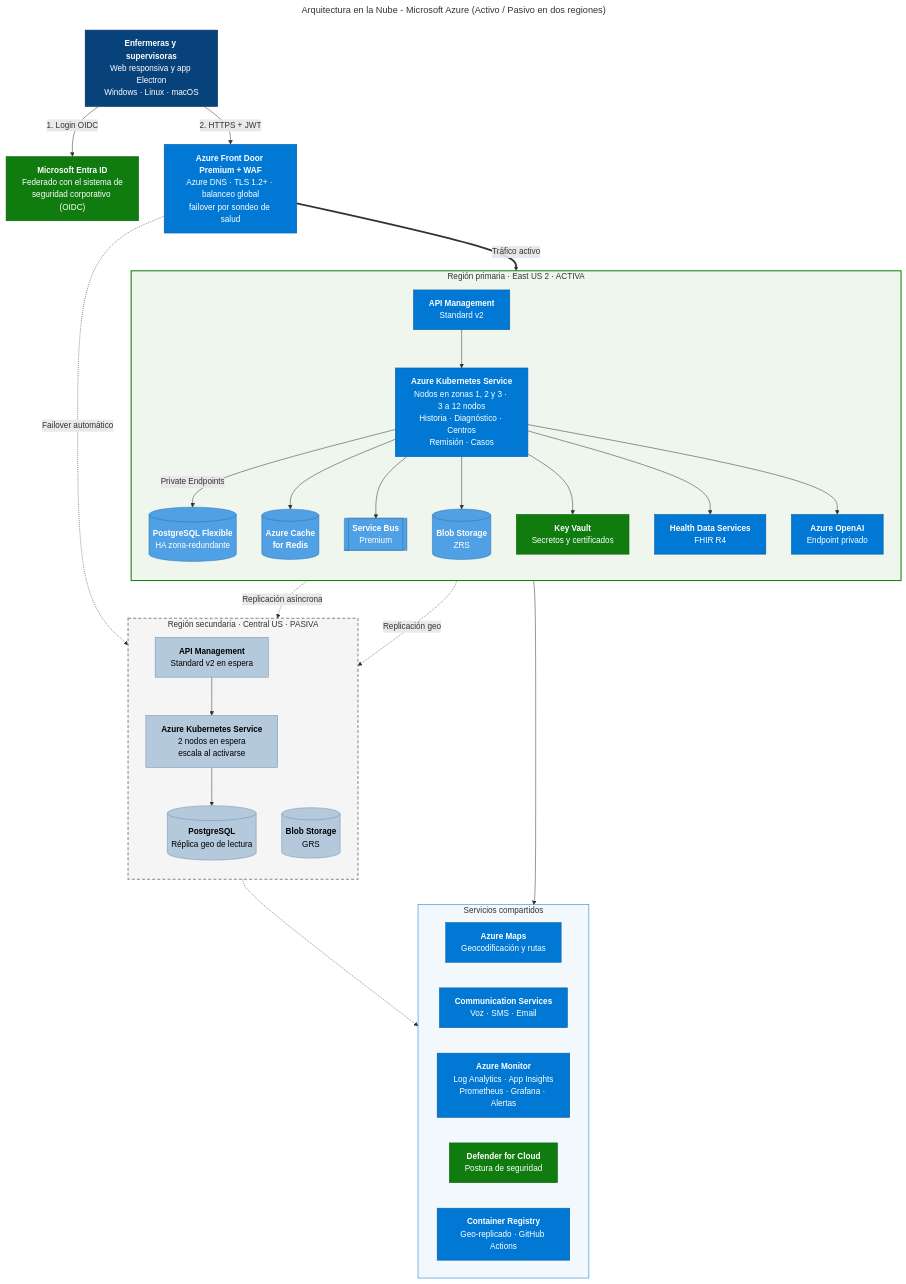
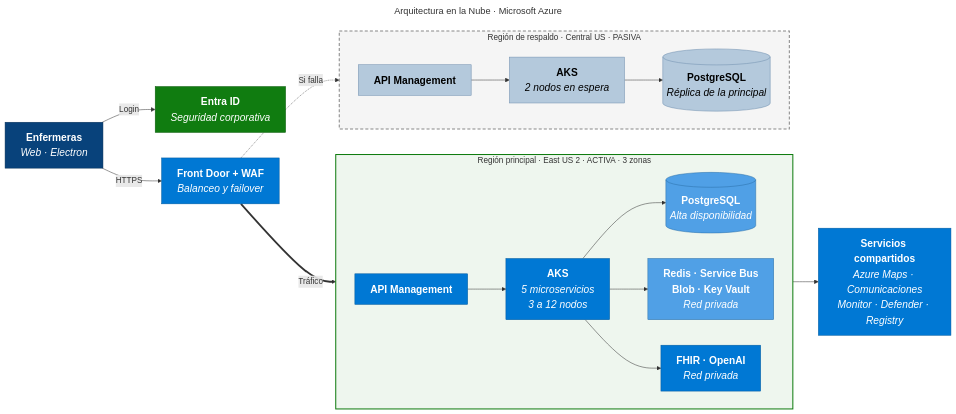
One commit to Jordy-Lv/medical-health-cloud-architecture changed the diagram in diagramas/05-nube-azure.mmd. Above: the diagram before and after it, drawn with Mermaid. The commit also changed 19 other files, not shown here.

Commit message:
Simplifica los diagramas para que se lean mejor en pantalla

```diff
--- a/diagramas/05-nube-azure.mmd
+++ b/diagramas/05-nube-azure.mmd
@@ -1,68 +1,49 @@
 ---
-title: Arquitectura en la Nube - Microsoft Azure (Activo / Pasivo en dos regiones)
+title: Arquitectura en la Nube · Microsoft Azure
 ---
-flowchart TB
-  usuarios["<b>Enfermeras y supervisoras</b><br/>Web responsiva y app Electron<br/>Windows · Linux · macOS"]
-  entra["<b>Microsoft Entra ID</b><br/>Federado con el sistema de<br/>seguridad corporativo (OIDC)"]
-  afd["<b>Azure Front Door Premium + WAF</b><br/>Azure DNS · TLS 1.2+ · balanceo global<br/>failover por sondeo de salud"]
+flowchart LR
+  usuarios["<b>Enfermeras</b><br/><i>Web · Electron</i>"]
+  entra["<b>Entra ID</b><br/><i>Seguridad corporativa</i>"]
+  afd["<b>Front Door + WAF</b><br/><i>Balanceo y failover</i>"]
 
-  usuarios -- "1. Login OIDC" --> entra
-  usuarios -- "2. HTTPS + JWT" --> afd
-
-  subgraph primaria["Región primaria · East US 2 · ACTIVA"]
-    direction TB
-    apim1["<b>API Management</b><br/>Standard v2"]
-    aks1["<b>Azure Kubernetes Service</b><br/>Nodos en zonas 1, 2 y 3 · 3 a 12 nodos<br/>Historia · Diagnóstico · Centros<br/>Remisión · Casos"]
-    pg1[("<b>PostgreSQL Flexible</b><br/>HA zona-redundante")]
-    redis1[("<b>Azure Cache<br/>for Redis</b>")]
-    sb1[["<b>Service Bus</b><br/>Premium"]]
-    blob1[("<b>Blob Storage</b><br/>ZRS")]
-    kv1["<b>Key Vault</b><br/>Secretos y certificados"]
-    fhir["<b>Health Data Services</b><br/>FHIR R4"]
-    aoai["<b>Azure OpenAI</b><br/>Endpoint privado"]
-    apim1 --> aks1
-    aks1 -- "Private Endpoints" --> pg1
-    aks1 --> redis1 & sb1 & blob1 & kv1
-    aks1 --> fhir & aoai
+  subgraph primaria["Región principal · East US 2 · ACTIVA · 3 zonas"]
+    direction LR
+    apim1["<b>API Management</b>"]
+    aks1["<b>AKS</b><br/><i>5 microservicios<br/>3 a 12 nodos</i>"]
+    pg1[("<b>PostgreSQL</b><br/><i>Alta disponibilidad</i>")]
+    datos1["<b>Redis · Service Bus<br/>Blob · Key Vault</b><br/><i>Red privada</i>"]
+    salud["<b>FHIR · OpenAI</b><br/><i>Red privada</i>"]
   end
 
-  subgraph secundaria["Región secundaria · Central US · PASIVA"]
-    direction TB
-    apim2["<b>API Management</b><br/>Standard v2 en espera"]
-    aks2["<b>Azure Kubernetes Service</b><br/>2 nodos en espera<br/>escala al activarse"]
-    pg2[("<b>PostgreSQL</b><br/>Réplica geo de lectura")]
-    blob2[("<b>Blob Storage</b><br/>GRS")]
-    apim2 --> aks2
-    aks2 --> pg2
+  subgraph secundaria["Región de respaldo · Central US · PASIVA"]
+    direction LR
+    apim2["<b>API Management</b>"]
+    aks2["<b>AKS</b><br/><i>2 nodos en espera</i>"]
+    pg2[("<b>PostgreSQL</b><br/><i>Réplica de la principal</i>")]
   end
 
-  afd == "Tráfico activo" ==> apim1
-  afd -. "Failover automático" .-> apim2
-  pg1 -. "Replicación asíncrona" .-> pg2
-  blob1 -. "Replicación geo" .-> blob2
+  compartidos["<b>Servicios compartidos</b><br/><i>Azure Maps · Comunicaciones<br/>Monitor · Defender · Registry</i>"]
 
-  subgraph transversales["Servicios compartidos"]
-    direction LR
-    maps["<b>Azure Maps</b><br/>Geocodificación y rutas"]
-    acs["<b>Communication Services</b><br/>Voz · SMS · Email"]
-    monitor["<b>Azure Monitor</b><br/>Log Analytics · App Insights<br/>Prometheus · Grafana · Alertas"]
-    defender["<b>Defender for Cloud</b><br/>Postura de seguridad"]
-    acr["<b>Container Registry</b><br/>Geo-replicado · GitHub Actions"]
-  end
+  usuarios -- "Login" --> entra
+  usuarios -- "HTTPS" --> afd
+  afd == "Tráfico" ==> apim1
+  afd -. "Si falla" .-> apim2
+  apim1 --> aks1
+  aks1 --> pg1
+  aks1 --> datos1
+  aks1 --> salud
+  apim2 --> aks2 --> pg2
+  aks1 --> compartidos
 
-  aks1 --> transversales
-  aks2 -.-> transversales
-
-  classDef az fill:#0078d4,stroke:#005a9e,color:#ffffff
-  classDef datos fill:#50a0e6,stroke:#2b6fa8,color:#ffffff
-  classDef pasivo fill:#b4c9dc,stroke:#6f8fae,color:#000000
-  classDef usuario fill:#08427b,stroke:#052e56,color:#ffffff
-  classDef sec fill:#107c10,stroke:#0b5a0b,color:#ffffff
+  classDef az fill:#0078d4,stroke:#005a9e,color:#ffffff,font-size:20px
+  classDef datos fill:#50a0e6,stroke:#2b6fa8,color:#ffffff,font-size:20px
+  classDef pasivo fill:#b4c9dc,stroke:#6f8fae,color:#000000,font-size:20px
+  classDef usuario fill:#08427b,stroke:#052e56,color:#ffffff,font-size:20px
+  classDef sec fill:#107c10,stroke:#0b5a0b,color:#ffffff,font-size:20px
   class usuarios usuario
-  class afd,apim1,aks1,fhir,aoai,maps,acs,monitor,acr az
-  class pg1,redis1,sb1,blob1 datos
-  class entra,kv1,defender sec
-  class apim2,aks2,pg2,blob2 pasivo
+  class afd,apim1,aks1,salud,compartidos az
+  class pg1,datos1 datos
+  class entra sec
+  class apim2,aks2,pg2 pasivo
   style primaria fill:#eef6ee,stroke:#107c10,stroke-width:2px
   style secundaria fill:#f5f5f5,stroke:#888888,stroke-width:2px,stroke-dasharray:6 4
-  style transversales fill:#f3f8fd,stroke:#0078d4
```
